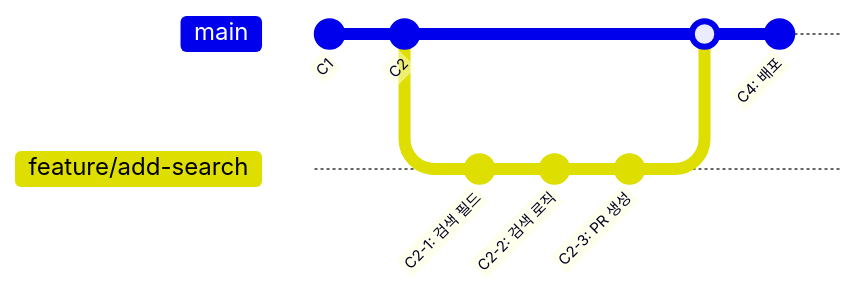
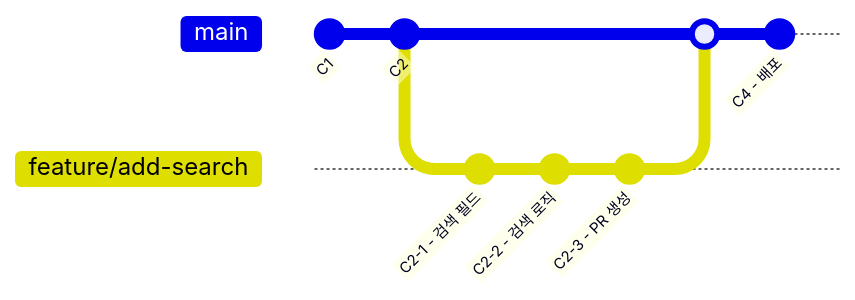
The diagram in 06_GitHub/03_GitHub_Flow.md (jingu279/Document), drawn with Mermaid before and after one commit. The commit also changed 5 other files, not shown here.

Commit message:
Fix diagram issues: split gitGraph blocks, remove duplicate ASCII art, fix indent, clean empty code blocks

````diff
--- a/06_GitHub/03_GitHub_Flow.md
+++ b/06_GitHub/03_GitHub_Flow.md
@@ -17,13 +17,13 @@
 ```mermaid
 gitGraph
    commit id: "C1"
    commit id: "C2"
    branch feature/add-search
    checkout feature/add-search
-   commit id: "C2-1: 검색 필드"
-   commit id: "C2-2: 검색 로직"
-   commit id: "C2-3: PR 생성"
+   commit id: "C2-1 - 검색 필드"
+   commit id: "C2-2 - 검색 로직"
+   commit id: "C2-3 - PR 생성"
    checkout main
    merge feature/add-search
-   commit id: "C4: 배포"
+   commit id: "C4 - 배포"
 ```
````
